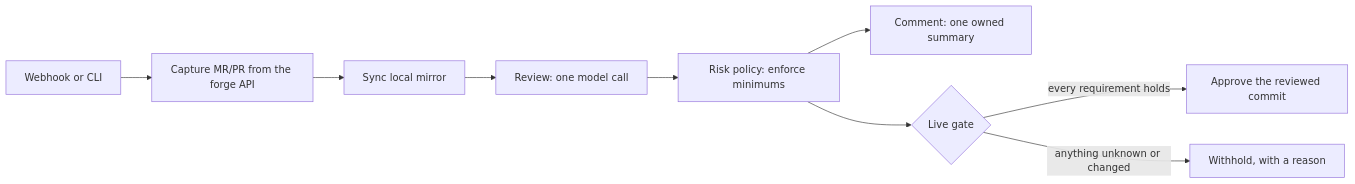
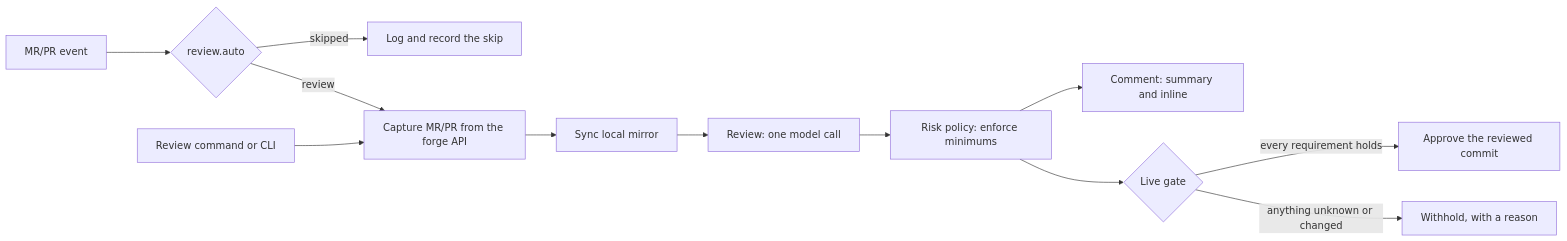
The diagram in website/docs/getting-started/how-it-works.md (kzs0/ChangeHarbor), drawn with Mermaid before and after one commit. The commit also changed other lines of this file and 9 other files, not shown here.

````diff
--- a/website/docs/getting-started/how-it-works.md
+++ b/website/docs/getting-started/how-it-works.md
@@ -3,11 +3,14 @@
 ```mermaid
 flowchart LR
-    W[Webhook or CLI] --> C[Capture MR/PR from the forge API]
+    W[MR/PR event] --> T{review.auto}
+    T -->|skipped| S[Log and record the skip]
+    T -->|review| C[Capture MR/PR from the forge API]
+    X[Review command or CLI] --> C
     C --> M[Sync local mirror]
     M --> R[Review: one model call]
     R --> P[Risk policy: enforce minimums]
-    P --> K[Comment: one owned summary]
+    P --> K[Comment: summary and inline]
     P --> G{Live gate}
     G -->|every requirement holds| A[Approve the reviewed commit]
     G -->|anything unknown or changed| H[Withhold, with a reason]
 ```
````
